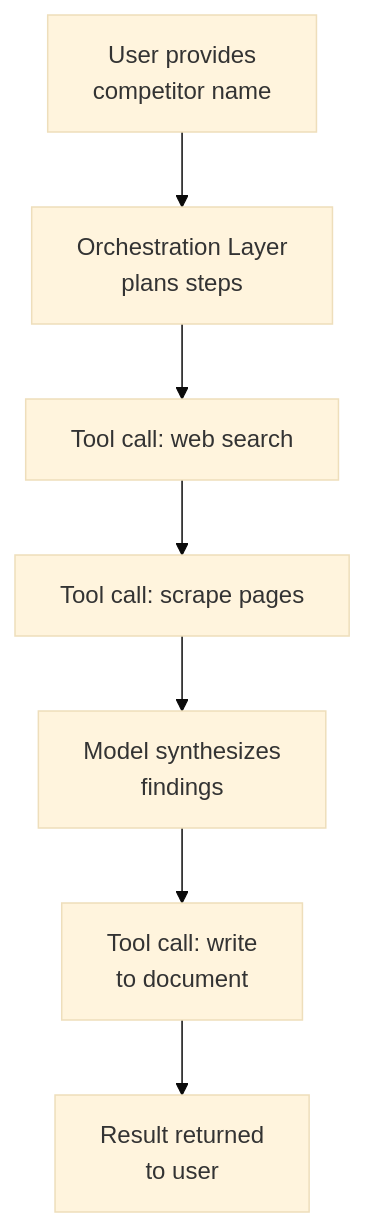
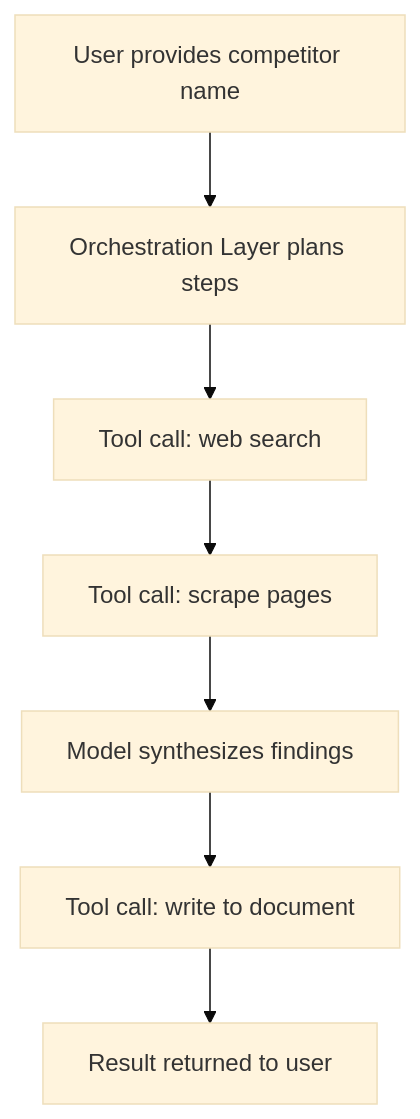
One commit to mjac-yue/ai-architecture-for-pms changed the fourth of 4 diagrams in module-06-ai-product-stack.md. Above: the diagram before and after it, drawn with Mermaid (base theme). The commit also changed other lines of this file and 15 other files, not shown here.

First line of the commit message:
Remove HTML tags from Mermaid node labels for Obsidian compatibility

````diff
--- a/module-06-ai-product-stack.md
+++ b/module-06-ai-product-stack.md
@@ -131,9 +131,9 @@
 ```mermaid
 flowchart TD
-    A["User provides<br>competitor name"] --> B["Orchestration Layer<br>plans steps"]
+    A["User provides competitor name"] --> B["Orchestration Layer plans steps"]
     B --> C["Tool call: web search"]
     C --> D["Tool call: scrape pages"]
-    D --> E["Model synthesizes<br>findings"]
-    E --> F["Tool call: write<br>to document"]
-    F --> G["Result returned<br>to user"]
+    D --> E["Model synthesizes findings"]
+    E --> F["Tool call: write to document"]
+    F --> G["Result returned to user"]
 ```
````
